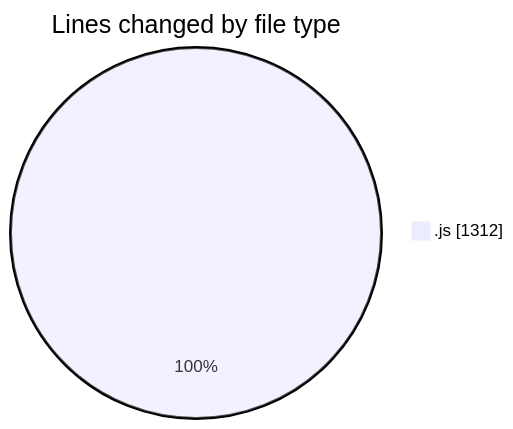
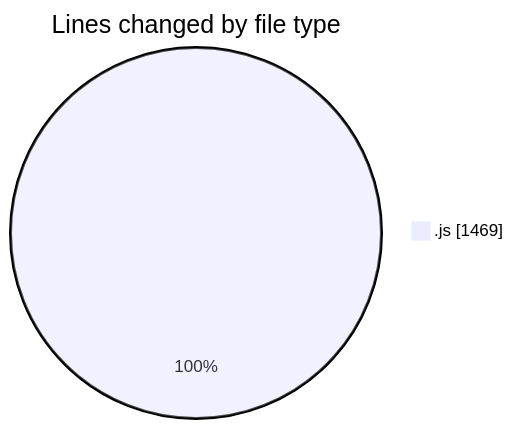
The first of 2 diagrams in 2025-10-15/nxtqube_webapp/README.md (nxtqubesakshisongat/code-tracking), drawn with Mermaid before and after one commit. The commit also changed other lines of this file and 1 other file, not shown here.

````diff
--- a/2025-10-15/nxtqube_webapp/README.md
+++ b/2025-10-15/nxtqube_webapp/README.md
@@ -20,5 +20,5 @@
 ```mermaid
 pie showData
 title Lines changed by file type
-".js" : 1312
+".js" : 1469
 ```
````
